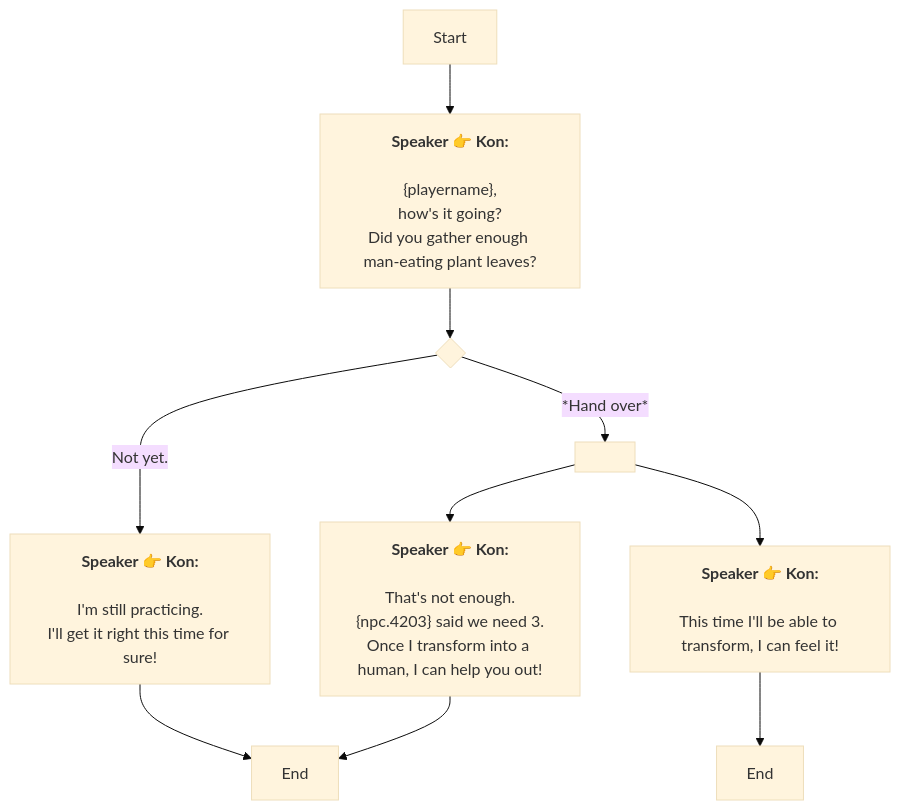
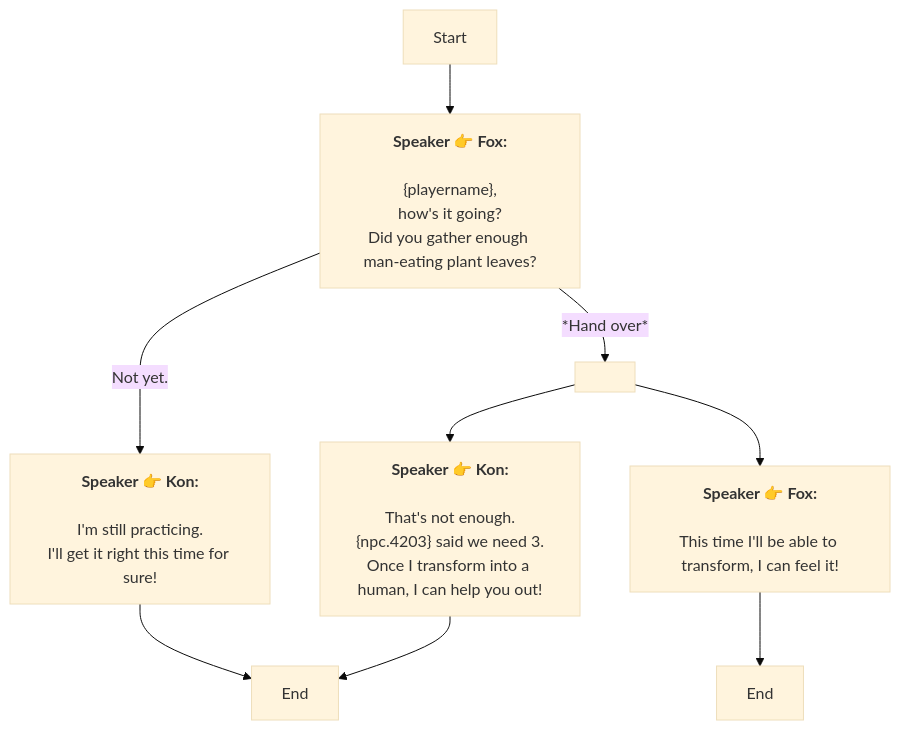
One commit to SoftHu/tos_avg changed the diagram in En/QuestTalkObjectiveNode_1738540454527154.md. Above: the diagram before and after it, drawn with Mermaid (base theme). The commit also changed 737 other files, not shown here.

````diff
--- a/En/QuestTalkObjectiveNode_1738540454527154.md
+++ b/En/QuestTalkObjectiveNode_1738540454527154.md
@@ -1,26 +1,21 @@
 ```mermaid
 graph
-Start -->1738540623759549[<b>Speaker 👉 Kon:</b>
-
-&lbrace;playername&rbrace;,
+Start -->1738540623759549[<b>Speaker 👉 Fox:</b>
+\n&lbrace;playername&rbrace;,
 how's it going?
 Did you gather enough man-eating plant leaves?]
-1738540623759549 -->1738540722460865{ }
-1738540722460865 -->|Not yet.|1738541281747142[<b>Speaker 👉 Kon:</b>
-
-I'm still practicing.
+1738540623759549 -->|Not yet.|1738541281747142[<b>Speaker 👉 Kon:</b>
+\nI'm still practicing.
 I'll get it right this time for sure!]
-1738540722460865 -->|*Hand over*|1738552948907153[ ]
+1738540623759549 -->|*Hand over*|1738552948907153[ ]
 1738541281747142 -->1738541321536711[End]
-1738552948907153 -->1738540706198720[<b>Speaker 👉 Kon:</b>
-
-This time I'll be able to transform, I can feel it!]
+1738552948907153 -->1738540706198720[<b>Speaker 👉 Fox:</b>
+\nThis time I'll be able to transform, I can feel it!]
 1738552948907153 -->1738540704310463[<b>Speaker 👉 Kon:</b>
-
-That's not enough.
+\nThat's not enough.
 &lbrace;npc.4203&rbrace; said we need 3.
 Once I transform into a human, I can help you out!]
 1738540706198720 -->1738541365653704[End]
 1738540704310463 -->1738541321536711[End]
 
- ```
+```
````
